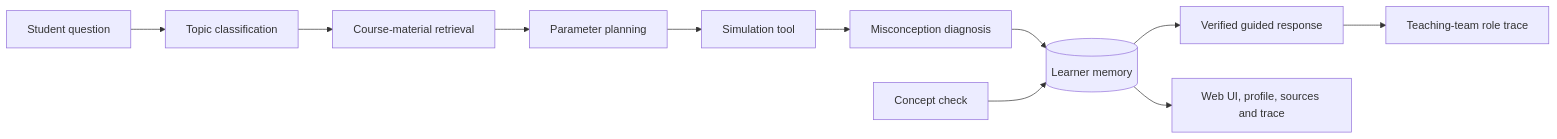
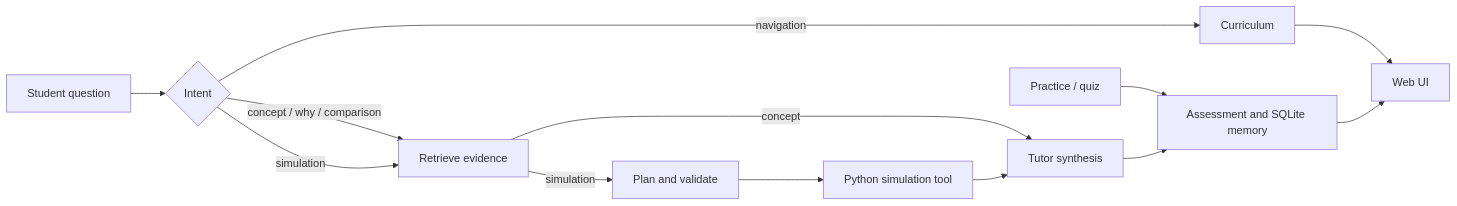
One commit to JW35711/ai-tutor-for-stochastic-processes changed the diagram in README.md. Above: the diagram before and after it, drawn with Mermaid. The commit also changed other lines of this file and 45 other files, not shown here.

````diff
--- a/README.md
+++ b/README.md
@@ -102,13 +102,15 @@
 ```mermaid
 flowchart LR
-    U[Student question] --> C[Topic classification]
-    C --> R[Course-material retrieval]
-    R --> P[Parameter planning]
-    P --> T[Simulation tool]
-    T --> D[Misconception diagnosis]
-    D --> M[(Learner memory)]
-    QZ[Concept check] --> M
-    M --> E[Verified guided response]
-    E --> A[Teaching-team role trace]
-    M --> UI[Web UI, profile, sources and trace]
+    U[Student question] --> I{Intent}
+    I -->|navigation| C[Curriculum]
+    I -->|concept / why / comparison| R[Retrieve evidence]
+    I -->|simulation| R
+    R -->|concept| T[Tutor synthesis]
+    R -->|simulation| P[Plan and validate]
+    P --> S[Python simulation tool]
+    S --> T
+    QZ[Practice / quiz] --> A[Assessment and SQLite memory]
+    T --> A
+    C --> UI[Web UI]
+    A --> UI
 ```
````
